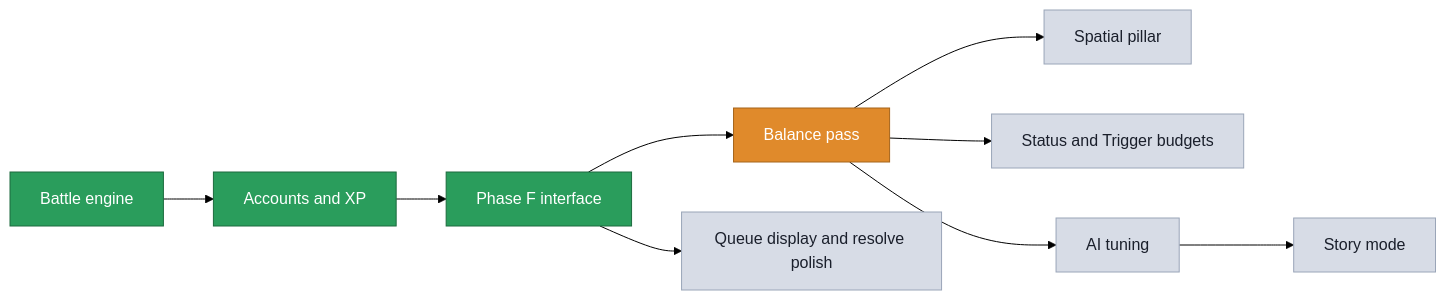
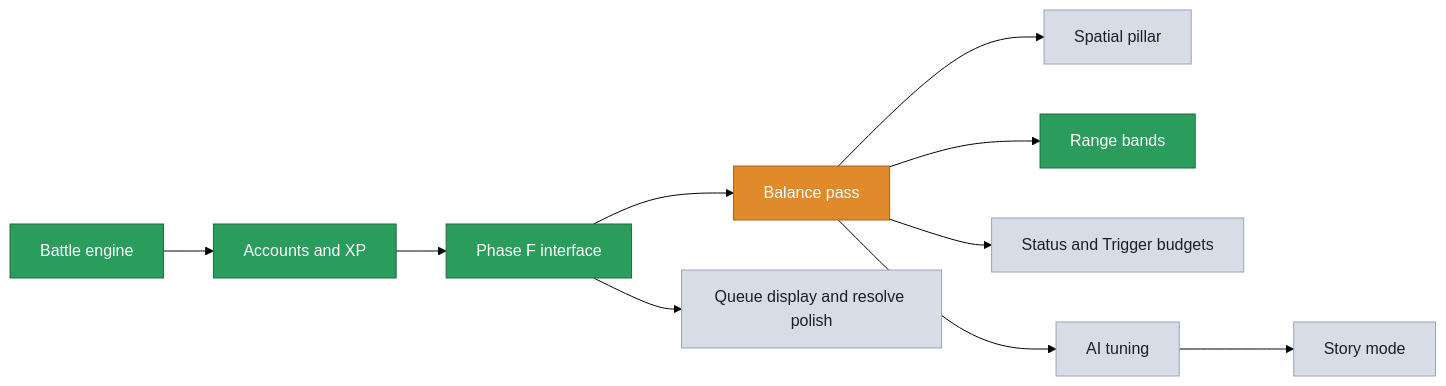
The diagram in docs/current_development_status.md (MaxxRexx/Isekai_Strategem), drawn with Mermaid (forest theme) before and after one commit. The commit also changed other lines of this file and 2 other files, not shown here.

````diff
--- a/docs/current_development_status.md
+++ b/docs/current_development_status.md
@@ -32,14 +32,15 @@
 ```mermaid
 flowchart LR
   classDef done fill:#2a9d5c,stroke:#1c6b3e,color:#ffffff
   classDef now fill:#e08a2b,stroke:#a5641b,color:#ffffff
   classDef todo fill:#d7dce6,stroke:#9aa5b8,color:#1a1f2b
 
   ENG[Battle engine]:::done --> ACC[Accounts and XP]:::done --> UI[Phase F interface]:::done
   UI --> BAL[Balance pass]:::now
   BAL --> INIT[Spatial pillar]:::todo
+  BAL --> BAND[Range bands]:::done
   BAL --> BUD[Status and Trigger budgets]:::todo
   UI --> QUE[Queue display and resolve polish]:::todo
   BAL --> AI[AI tuning]:::todo
   AI --> STORY[Story mode]:::todo
 ```
````
